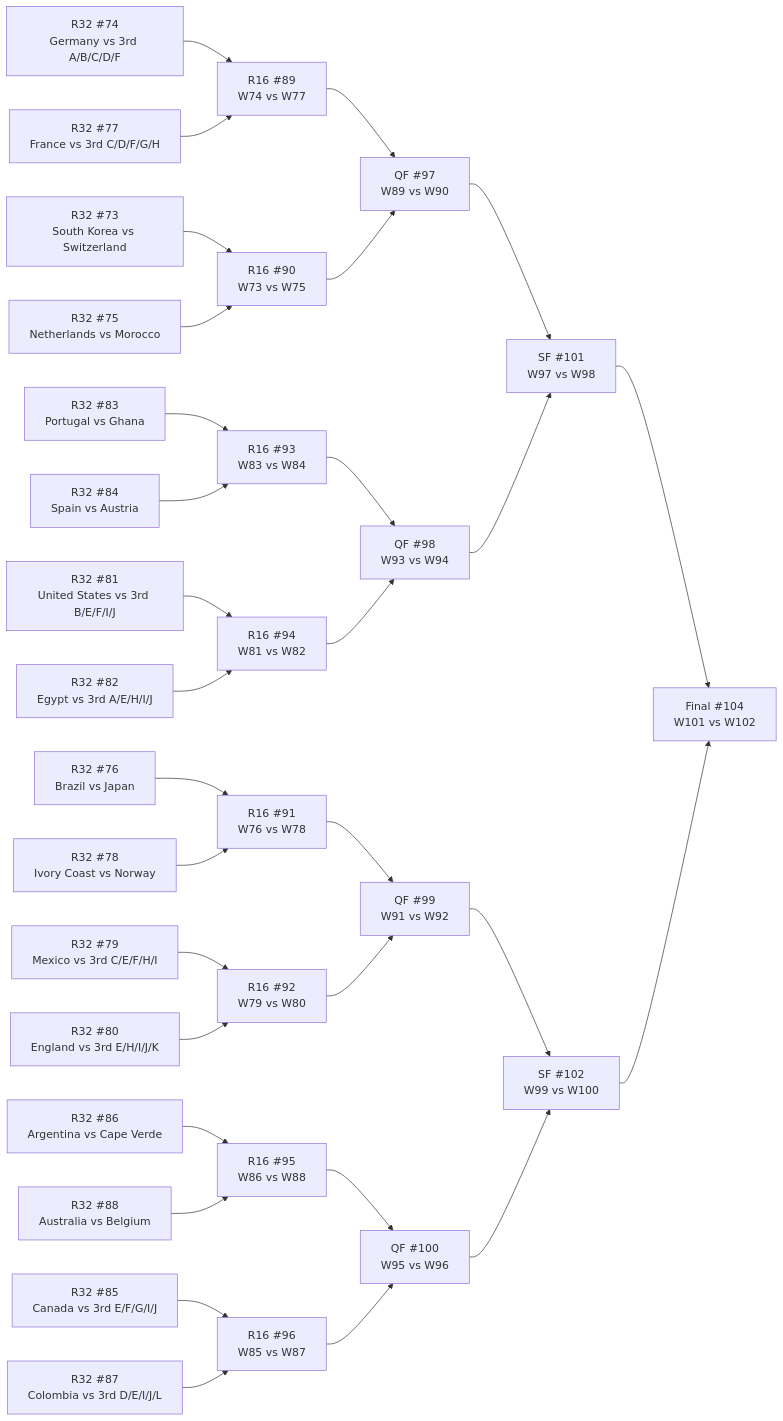
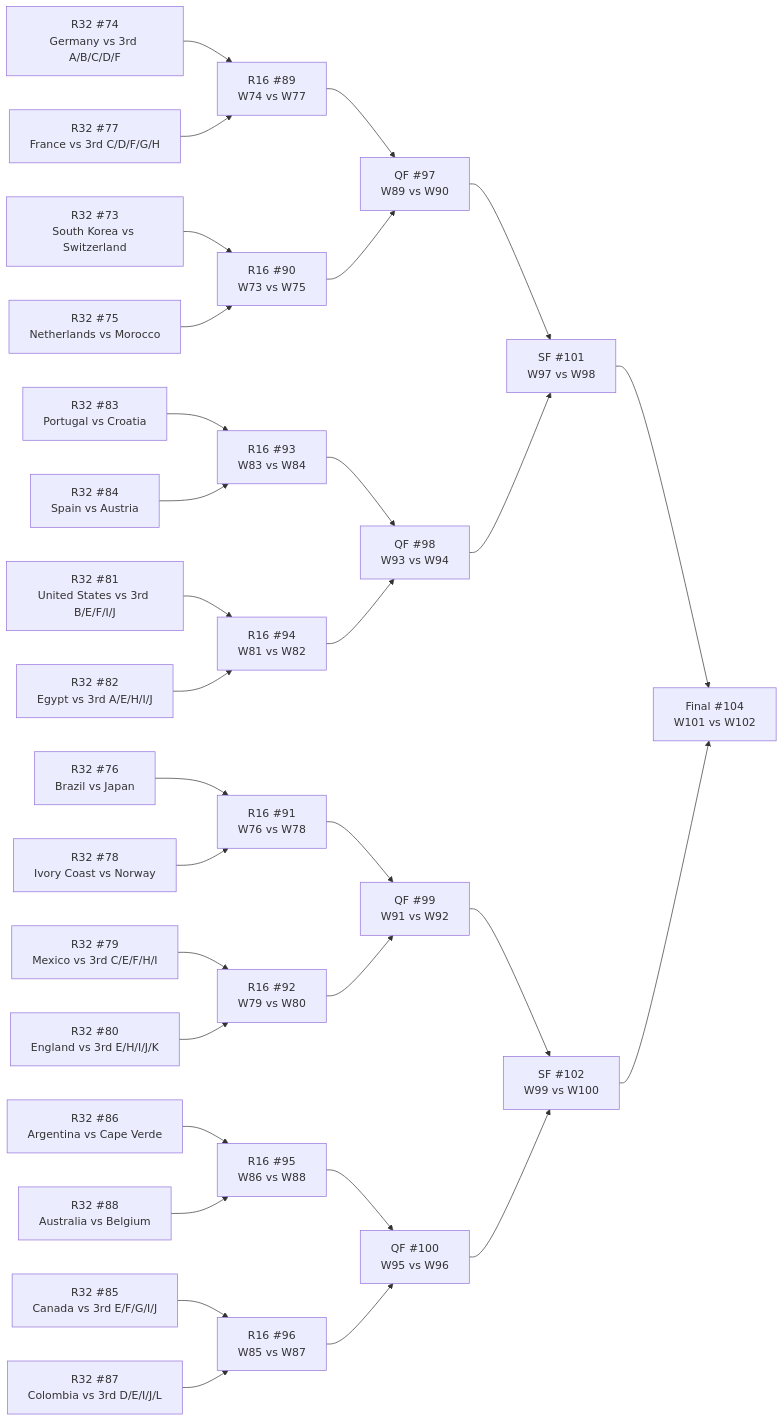
The diagram in WC vault/_bracket.md (Tutai-Tran/WC-2026-predictor), drawn with Mermaid before and after one commit. The commit also changed 94 other files, not shown here.

````diff
--- a/WC vault/_bracket.md
+++ b/WC vault/_bracket.md
@@ -11,64 +11,64 @@
 ```mermaid
 flowchart LR
   M73["R32 #73<br>South Korea vs Switzerland"]
   M74["R32 #74<br>Germany vs 3rd A/B/C/D/F"]
   M75["R32 #75<br>Netherlands vs Morocco"]
   M76["R32 #76<br>Brazil vs Japan"]
   M77["R32 #77<br>France vs 3rd C/D/F/G/H"]
   M78["R32 #78<br>Ivory Coast vs Norway"]
   M79["R32 #79<br>Mexico vs 3rd C/E/F/H/I"]
   M80["R32 #80<br>England vs 3rd E/H/I/J/K"]
   M81["R32 #81<br>United States vs 3rd B/E/F/I/J"]
   M82["R32 #82<br>Egypt vs 3rd A/E/H/I/J"]
-  M83["R32 #83<br>Portugal vs Ghana"]
+  M83["R32 #83<br>Portugal vs Croatia"]
   M84["R32 #84<br>Spain vs Austria"]
   M85["R32 #85<br>Canada vs 3rd E/F/G/I/J"]
   M86["R32 #86<br>Argentina vs Cape Verde"]
   M87["R32 #87<br>Colombia vs 3rd D/E/I/J/L"]
   M88["R32 #88<br>Australia vs Belgium"]
   M89["R16 #89<br>W74 vs W77"]
   M90["R16 #90<br>W73 vs W75"]
   M91["R16 #91<br>W76 vs W78"]
   M92["R16 #92<br>W79 vs W80"]
   M93["R16 #93<br>W83 vs W84"]
   M94["R16 #94<br>W81 vs W82"]
   M95["R16 #95<br>W86 vs W88"]
   M96["R16 #96<br>W85 vs W87"]
   M97["QF #97<br>W89 vs W90"]
   M98["QF #98<br>W93 vs W94"]
   M99["QF #99<br>W91 vs W92"]
   M100["QF #100<br>W95 vs W96"]
   M101["SF #101<br>W97 vs W98"]
   M102["SF #102<br>W99 vs W100"]
   M104["Final #104<br>W101 vs W102"]
   M74 --> M89
   M77 --> M89
   M73 --> M90
   M75 --> M90
   M76 --> M91
   M78 --> M91
   M79 --> M92
   M80 --> M92
   M83 --> M93
   M84 --> M93
   M81 --> M94
   M82 --> M94
   M86 --> M95
   M88 --> M95
   M85 --> M96
   M87 --> M96
   M89 --> M97
   M90 --> M97
   M93 --> M98
   M94 --> M98
   M91 --> M99
   M92 --> M99
   M95 --> M100
   M96 --> M100
   M97 --> M101
   M98 --> M101
   M99 --> M102
   M100 --> M102
   M101 --> M104
   M102 --> M104
 ```
````
